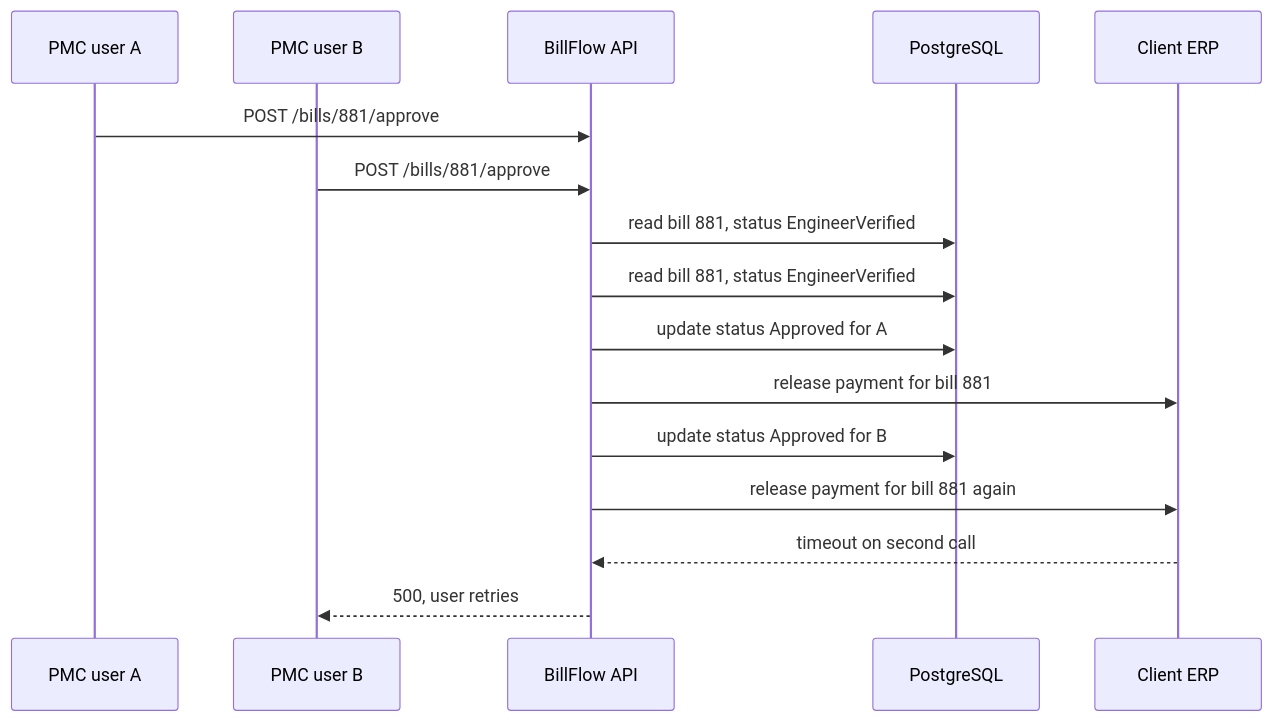
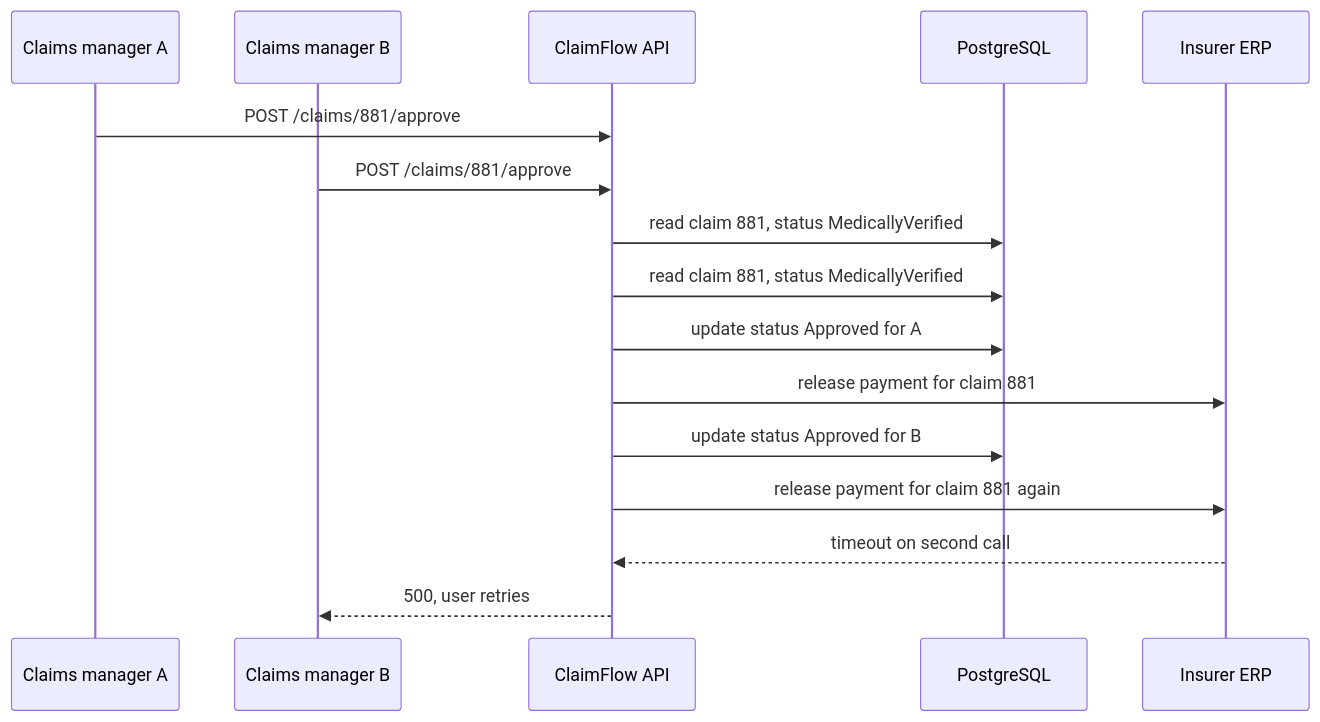
The third of 3 diagrams in content/lessons/m19/m19-design-review.md (rizwi0786/system-design-lab), drawn with Mermaid before and after one commit. The commit also changed other lines of this file and 334 other files, not shown here.

````diff
--- a/content/lessons/m19/m19-design-review.md
+++ b/content/lessons/m19/m19-design-review.md
@@ -217,18 +218,18 @@
 ```mermaid
 sequenceDiagram
-    participant P1 as PMC user A
-    participant P2 as PMC user B
-    participant API as BillFlow API
+    participant P1 as Claims manager A
+    participant P2 as Claims manager B
+    participant API as ClaimFlow API
     participant DB as PostgreSQL
-    participant ERP as Client ERP
-    P1->>API: POST /bills/881/approve
-    P2->>API: POST /bills/881/approve
-    API->>DB: read bill 881, status EngineerVerified
-    API->>DB: read bill 881, status EngineerVerified
+    participant ERP as Insurer ERP
+    P1->>API: POST /claims/881/approve
+    P2->>API: POST /claims/881/approve
+    API->>DB: read claim 881, status MedicallyVerified
+    API->>DB: read claim 881, status MedicallyVerified
     API->>DB: update status Approved for A
-    API->>ERP: release payment for bill 881
+    API->>ERP: release payment for claim 881
     API->>DB: update status Approved for B
-    API->>ERP: release payment for bill 881 again
+    API->>ERP: release payment for claim 881 again
     ERP-->>API: timeout on second call
     API-->>P2: 500, user retries
 ```
````
